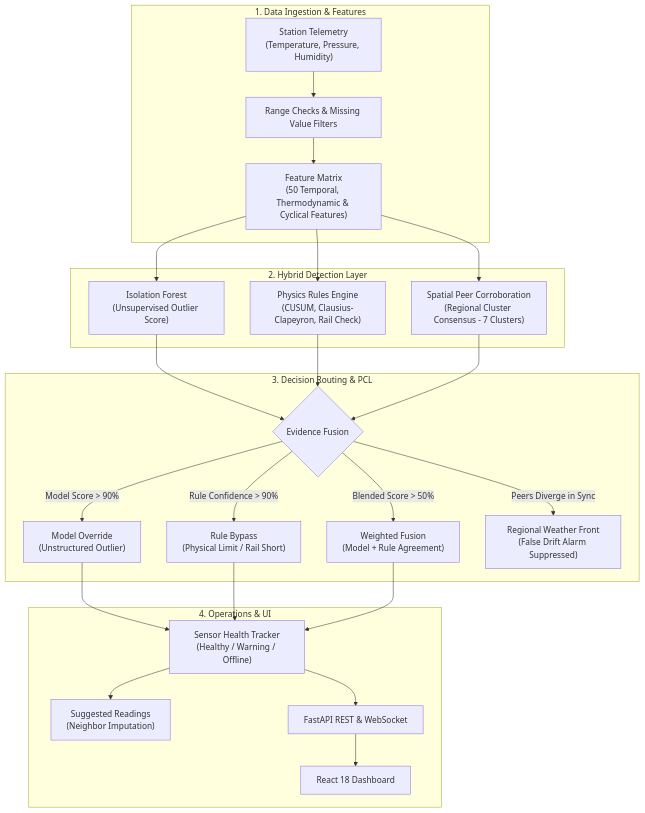
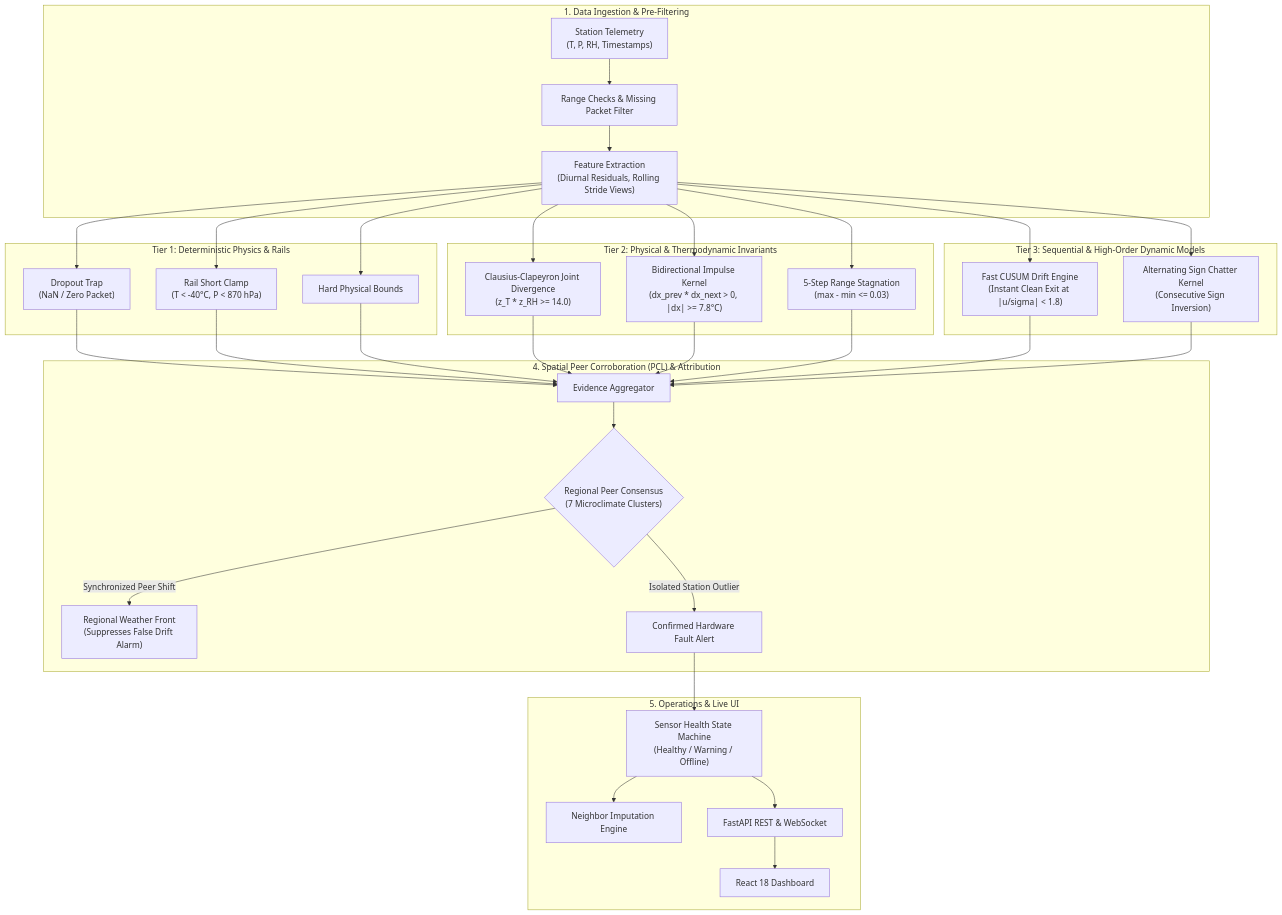
The first of 2 diagrams in README.md (inf-pranjal-01/hello-sky-), drawn with Mermaid before and after one commit. The commit also changed other lines of this file and 99 other files, not shown here.

First line of the commit message:
feat(arch): implement synchronized tiered detection architecture and 85/85 vectorized evaluation engine

````diff
--- a/README.md
+++ b/README.md
@@ -91,32 +91,45 @@
 ```mermaid
 flowchart TD
-    subgraph Ingestion ["1. Data Ingestion & Features"]
-        RAW["Station Telemetry<br/>(Temperature, Pressure, Humidity)"] --> QC["Range Checks & Missing Value Filters"]
-        QC --> FEAT["Feature Matrix<br/>(50 Temporal, Thermodynamic & Cyclical Features)"]
+    subgraph Ingestion ["1. Data Ingestion & Pre-Filtering"]
+        RAW["Station Telemetry<br/>(T, P, RH, Timestamps)"] --> QC["Range Checks & Missing Packet Filter"]
+        QC --> FEAT["Feature Extraction<br/>(Diurnal Residuals, Rolling Stride Views)"]
     end
 
-    subgraph Detection ["2. Hybrid Detection Layer"]
-        FEAT --> IF["Isolation Forest<br/>(Unsupervised Outlier Score)"]
-        FEAT --> RULES["Physics Rules Engine<br/>(CUSUM, Clausius-Clapeyron, Rail Check)"]
-        FEAT --> SPATIAL["Spatial Peer Corroboration<br/>(Regional Cluster Consensus - 7 Clusters)"]
+    subgraph Tier1 ["Tier 1: Deterministic Physics & Rails"]
+        FEAT --> T1_DROP["Dropout Trap<br/>(NaN / Zero Packet)"]
+        FEAT --> T1_RAIL["Rail Short Clamp<br/>(T < -40°C, P < 870 hPa)"]
+        FEAT --> T1_BOUND["Hard Physical Bounds"]
     end
 
-    subgraph Fusion ["3. Decision Routing & PCL"]
-        IF --> FUSE{"Evidence Fusion"}
-        RULES --> FUSE
-        SPATIAL --> FUSE
-        FUSE -->|Model Score > 90%| MO["Model Override<br/>(Unstructured Outlier)"]
-        FUSE -->|Rule Confidence > 90%| RB["Rule Bypass<br/>(Physical Limit / Rail Short)"]
-        FUSE -->|Blended Score > 50%| WF["Weighted Fusion<br/>(Model + Rule Agreement)"]
-        FUSE -->|Peers Diverge in Sync| REG["Regional Weather Front<br/>(False Drift Alarm Suppressed)"]
+    subgraph Tier2 ["Tier 2: Physical & Thermodynamic Invariants"]
+        FEAT --> T2_CC["Clausius-Clapeyron Joint Divergence<br/>(z_T * z_RH >= 14.0)"]
+        FEAT --> T2_SPIKE["Bidirectional Impulse Kernel<br/>(dx_prev * dx_next > 0, |dx| >= 7.8°C)"]
+        FEAT --> T2_FROZ["5-Step Range Stagnation<br/>(max - min <= 0.03)"]
     end
 
-    subgraph Output ["4. Operations & UI"]
-        MO --> HEALTH["Sensor Health Tracker<br/>(Healthy / Warning / Offline)"]
-        RB --> HEALTH
-        WF --> HEALTH
-        HEALTH --> IMP["Suggested Readings<br/>(Neighbor Imputation)"]
-        HEALTH --> API["FastAPI REST & WebSocket"]
+    subgraph Tier3 ["Tier 3: Sequential & High-Order Dynamic Models"]
+        FEAT --> T3_DRIFT["Fast CUSUM Drift Engine<br/>(Instant Clean Exit at |u/sigma| < 1.8)"]
+        FEAT --> T3_UNSTR["Alternating Sign Chatter Kernel<br/>(Consecutive Sign Inversion)"]
+    end
+
+    subgraph Fusion ["4. Spatial Peer Corroboration (PCL) & Attribution"]
+        T1_DROP --> FUSE["Evidence Aggregator"]
+        T1_RAIL --> FUSE
+        T1_BOUND --> FUSE
+        T2_CC --> FUSE
+        T2_SPIKE --> FUSE
+        T2_FROZ --> FUSE
+        T3_DRIFT --> FUSE
+        T3_UNSTR --> FUSE
+        FUSE --> PCL{"Regional Peer Consensus<br/>(7 Microclimate Clusters)"}
+        PCL -->|Synchronized Peer Shift| REG["Regional Weather Front<br/>(Suppresses False Drift Alarm)"]
+        PCL -->|Isolated Station Outlier| CONF["Confirmed Hardware Fault Alert"]
+    end
+
+    subgraph Operations ["5. Operations & Live UI"]
+        CONF --> STATE["Sensor Health State Machine<br/>(Healthy / Warning / Offline)"]
+        STATE --> IMP["Neighbor Imputation Engine"]
+        STATE --> API["FastAPI REST & WebSocket"]
         API --> UI["React 18 Dashboard"]
     end
 ```
````
